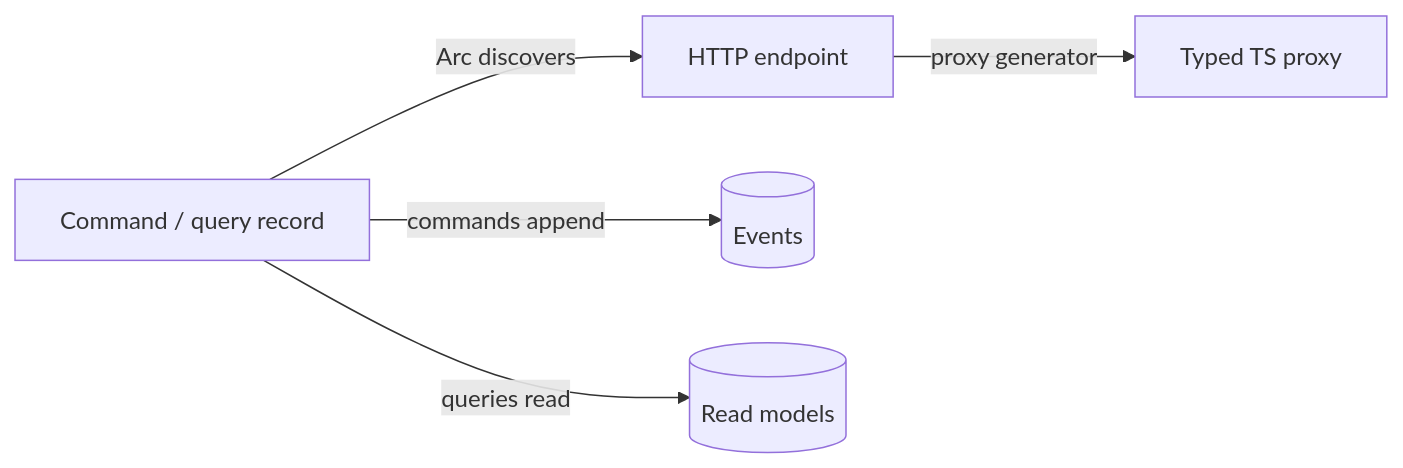
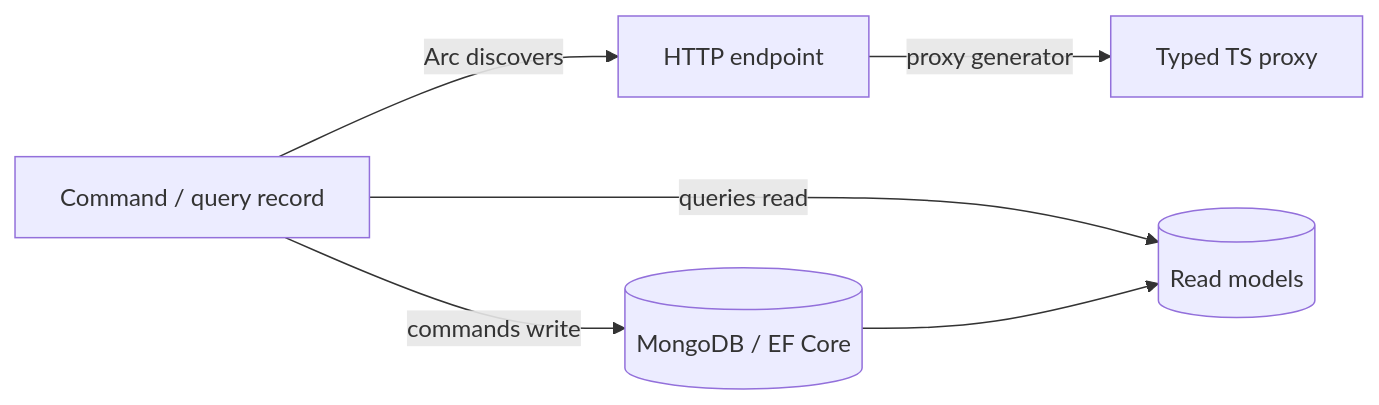
One commit to Cratis/Arc changed the diagram in Documentation/backend/index.md. Above: the diagram before and after it, drawn with Mermaid. The commit also changed other lines of this file and 34 other files, not shown here.

````diff
--- a/Documentation/backend/index.md
+++ b/Documentation/backend/index.md
@@ -8,7 +8,8 @@
 ```mermaid
 flowchart LR
     REC["Command / query record"] -->|Arc discovers| EP[HTTP endpoint]
     EP -->|proxy generator| TS[Typed TS proxy]
-    REC -->|commands append| EV[(Events)]
+    REC -->|commands write| DB[(MongoDB / EF Core)]
     REC -->|queries read| RM[(Read models)]
+    DB --> RM
 ```
````
